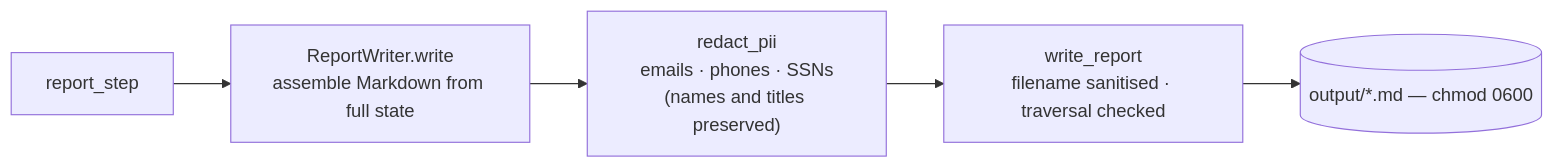
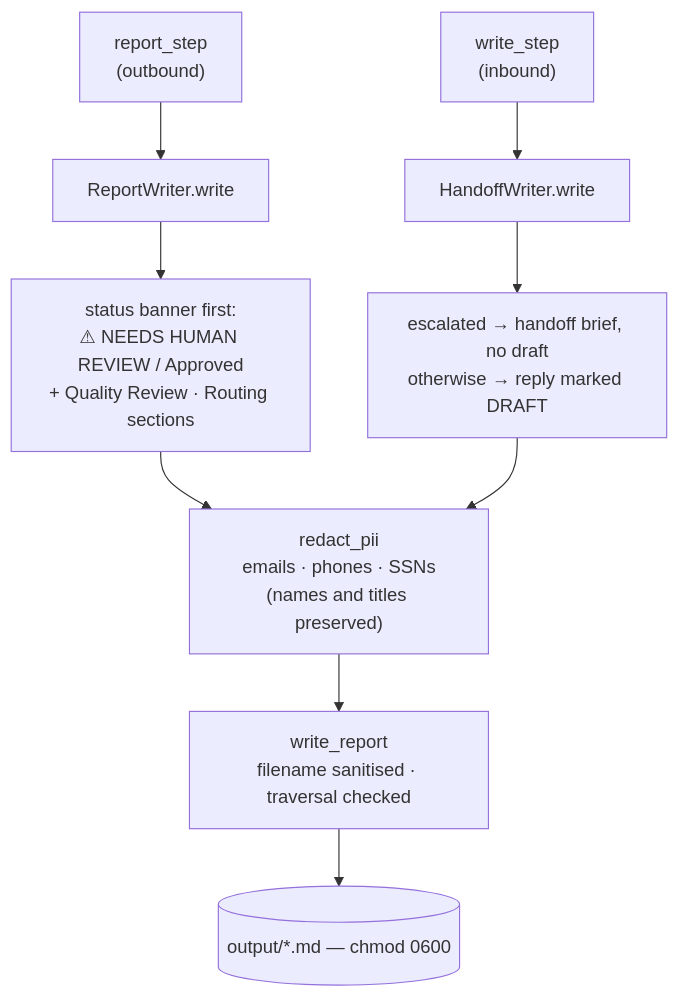
One commit to jrrene7/COA-Agent changed the seventh of 10 diagrams in docs/architecture.md. Above: the diagram before and after it, drawn with Mermaid. The commit also changed other lines of this file and 36 other files, not shown here.

````diff
--- a/docs/architecture.md
+++ b/docs/architecture.md
@@ -142,7 +249,14 @@
 ```mermaid
-flowchart LR
-    RPS["report_step"] --> ASM["ReportWriter.write<br/>assemble Markdown from full state"]
-    ASM --> PII["redact_pii<br/>emails · phones · SSNs<br/>(names and titles preserved)"]
+flowchart TD
+    RPS["report_step<br/>(outbound)"] --> RWA["ReportWriter.write"]
+    WRS["write_step<br/>(inbound)"] --> HWA["HandoffWriter.write"]
+
+    RWA --> BAN["status banner first:<br/>⚠ NEEDS HUMAN REVIEW / Approved<br/>+ Quality Review · Routing sections"]
+    HWA --> BAN2["escalated → handoff brief, no draft<br/>otherwise → reply marked DRAFT"]
+
+    BAN --> PII
+    BAN2 --> PII
+    PII["redact_pii<br/>emails · phones · SSNs<br/>(names and titles preserved)"]
     PII --> WR["write_report<br/>filename sanitised · traversal checked"]
     WR --> OUT[("output/*.md — chmod 0600")]
 ```
````
